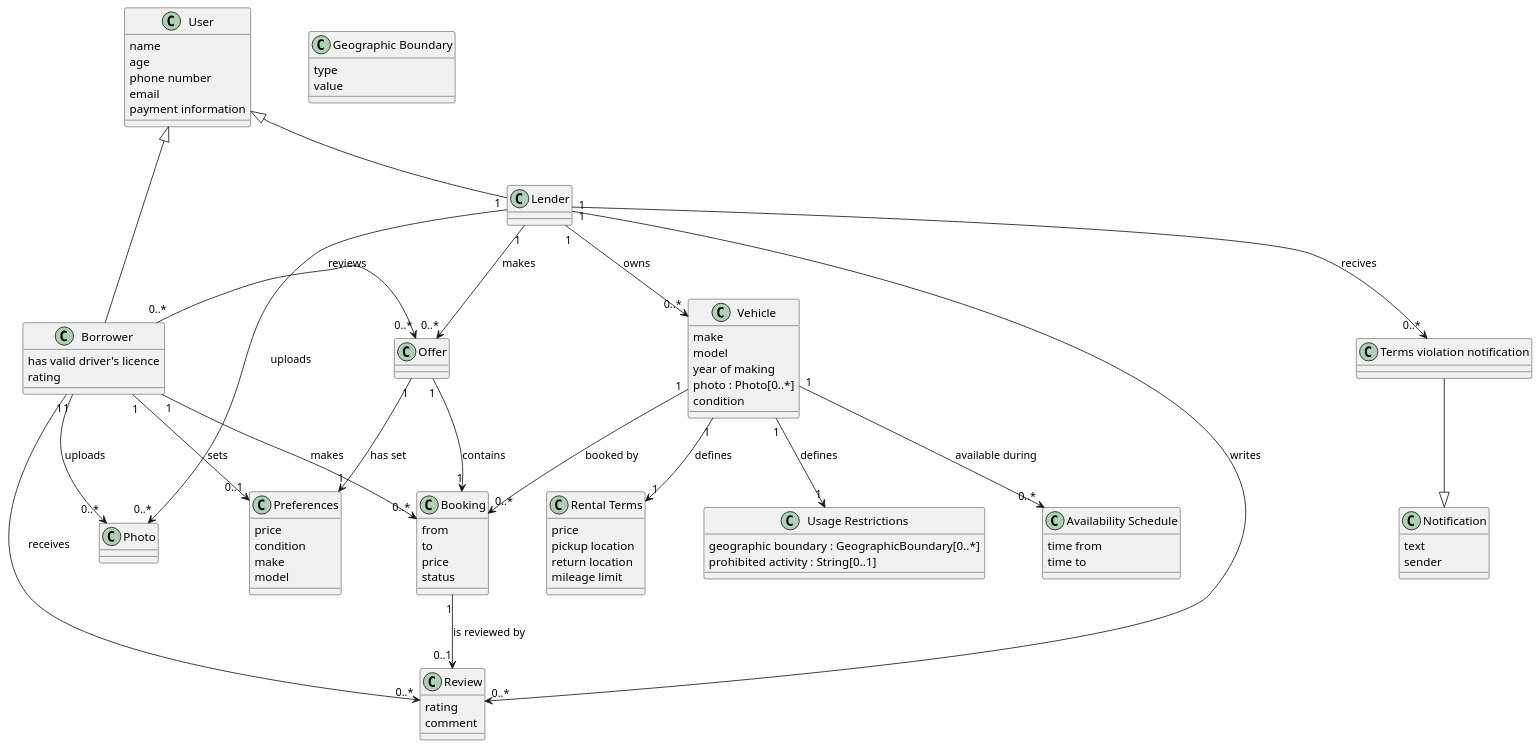
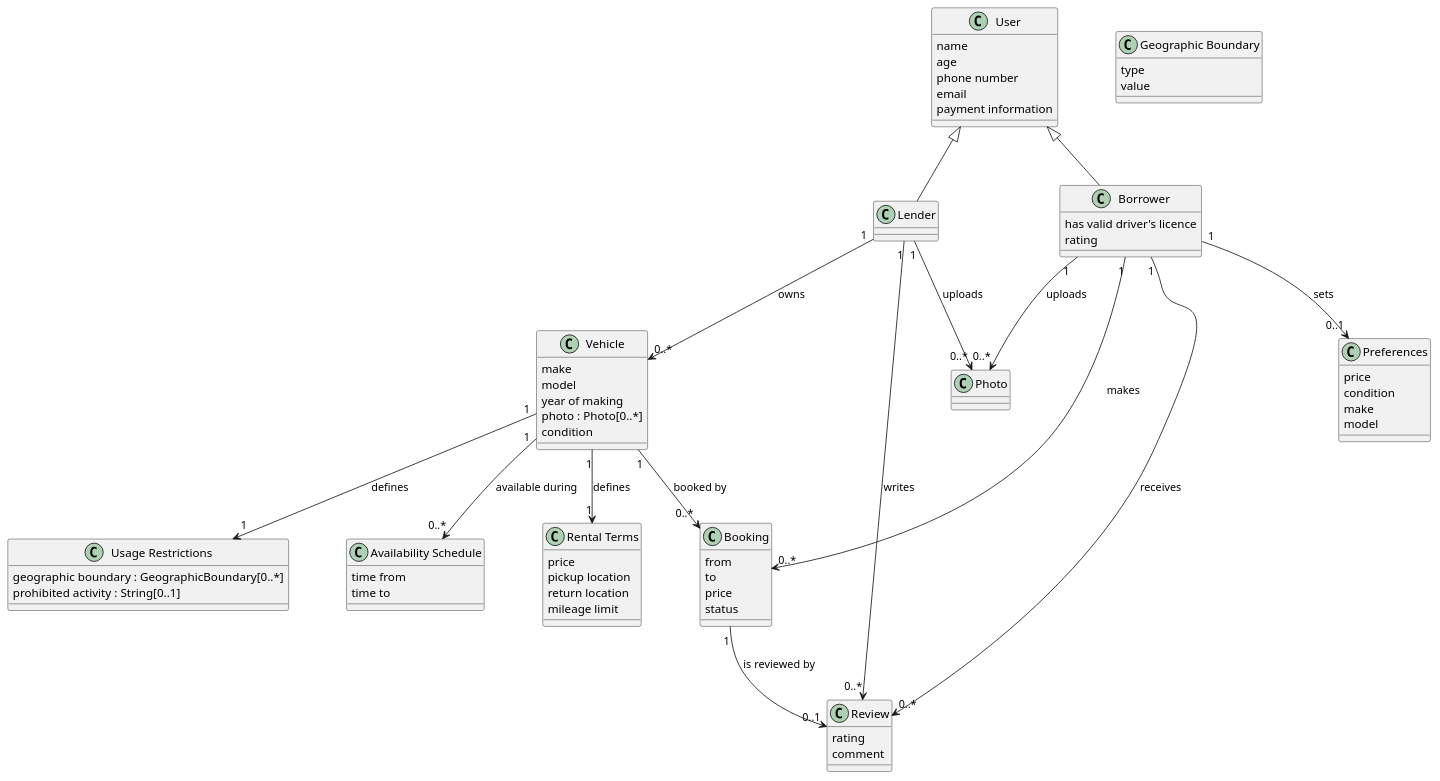
Before and after one commit to bruzla/NSWI041: the diagram in domain_model/domain_model.plantuml, drawn with PlantUML. The commit also changed 1 other file, not shown here.

```diff
--- a/domain_model/domain_model.plantuml
+++ b/domain_model/domain_model.plantuml
@@ -1,128 +1,111 @@
 @startuml
 
 skinparam nodesep 70
 skinparam ranksep 70
 
 '---------- Actors
 
 class User {
     name
     age
     phone number
     email
     payment information
 }
 
 class Lender {
 
 }
 
 class Borrower {
     has valid driver's licence
     rating
 }
 
 '---------- Vehicle
 
 class Photo
 
 class Vehicle {
     make
     model
     year of making
     photo : Photo[0..*]
     condition
 }
 
 class "Availability Schedule" as AvailabilitySchedule {
     time from
     time to
 }
 
 class "Rental Terms" as RentalTerms {
     price
     pickup location
     return location
     mileage limit
 }
 
 class "Geographic Boundary" as GeographicBoundary {
     type
     value
 }
 
 class "Usage Restrictions" as UsageRestriction {
     geographic boundary : GeographicBoundary[0..*]
     prohibited activity : String[0..1]
 }
 
 '---------- Other
 
 class Review {
     rating
     comment
 }
 
 class Preferences {
     price
     condition
     make
     model
 }
 
-class Notification {
-text
-sender
-
-}
-
-class "Terms violation notification" as NotificationViolation{
-}
 
 class Booking {
     from
     to
     price
     status
 }
 
-class Offer{
-
-}
 
 '---------- Associations
 
 
 'Lender --|> User
 'Borrower --|> User
 
-NotificationViolation --|> Notification
 
 User <|-- Lender
 User <|-- Borrower
 
-Lender "1" --> "0..*" NotificationViolation : recives
-
-Lender "1" --> "0..*" Offer : makes
-Offer "1" --> "1" Booking : contains
-Borrower "0..*" -> "0..*" Offer : reviews
 
 Lender "1" --> "0..*" Vehicle : owns
 Lender "1" --> "0..*" Review : writes
 
 Borrower "1" --> "0..*" Booking : makes
 Borrower "1" --> "0..*" Review : receives
 Booking "1" --> "0..1" Review : is reviewed by
 Borrower "1" --> "0..1" Preferences : sets
 
 Vehicle "1" --> "0..*" Booking : booked by
 Vehicle "1" --> "1" RentalTerms : defines
 Vehicle "1" --> "1" UsageRestriction : defines
 Vehicle "1" --> "0..*" AvailabilitySchedule : available during
 
-Offer "1" --> "1" Preferences: has set
+
 
 Borrower "1" --> "0..*" Photo : uploads
 Lender "1" --> "0..*" Photo : uploads
 
 @enduml
```
